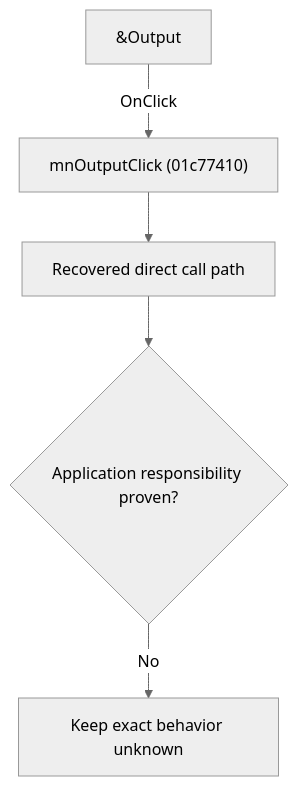
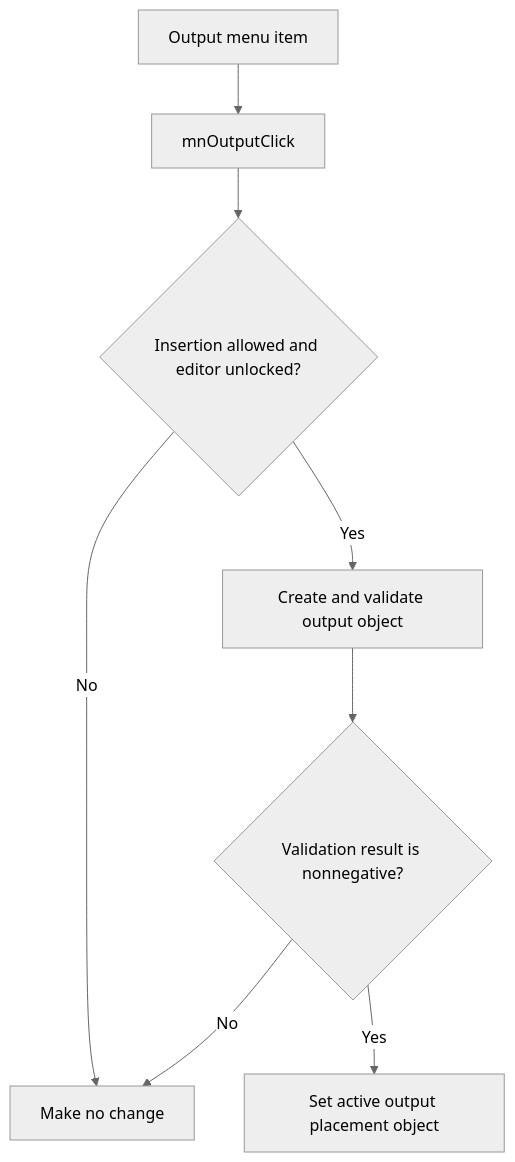
The diagram in docs/ui-controls/schematiceditor/mnoutput-0ecddb8d0f.md (MovGP0/TIARA), drawn with Mermaid (neutral theme) before and after one commit. The commit also changed other lines of this file and 241 other files, not shown here.

````diff
--- a/docs/ui-controls/schematiceditor/mnoutput-0ecddb8d0f.md
+++ b/docs/ui-controls/schematiceditor/mnoutput-0ecddb8d0f.md
@@ -27,7 +19,10 @@
 ```mermaid
 flowchart TD
-    control["&Output"] -->|"OnClick"| handler["mnOutputClick (01c77410)"]
-    handler --> recovered["Recovered direct call path"]
-    recovered --> gap{"Application responsibility proven?"}
-    gap -->|"No"| blocked["Keep exact behavior unknown"]
+    control["Output menu item"] --> handler["mnOutputClick"]
+    handler --> allowed{"Insertion allowed and editor unlocked?"}
+    allowed -->|"No"| noOp["Make no change"]
+    allowed -->|"Yes"| create["Create and validate output object"]
+    create --> valid{"Validation result is nonnegative?"}
+    valid -->|"No"| noOp
+    valid -->|"Yes"| active["Set active output placement object"]
 ```
````
